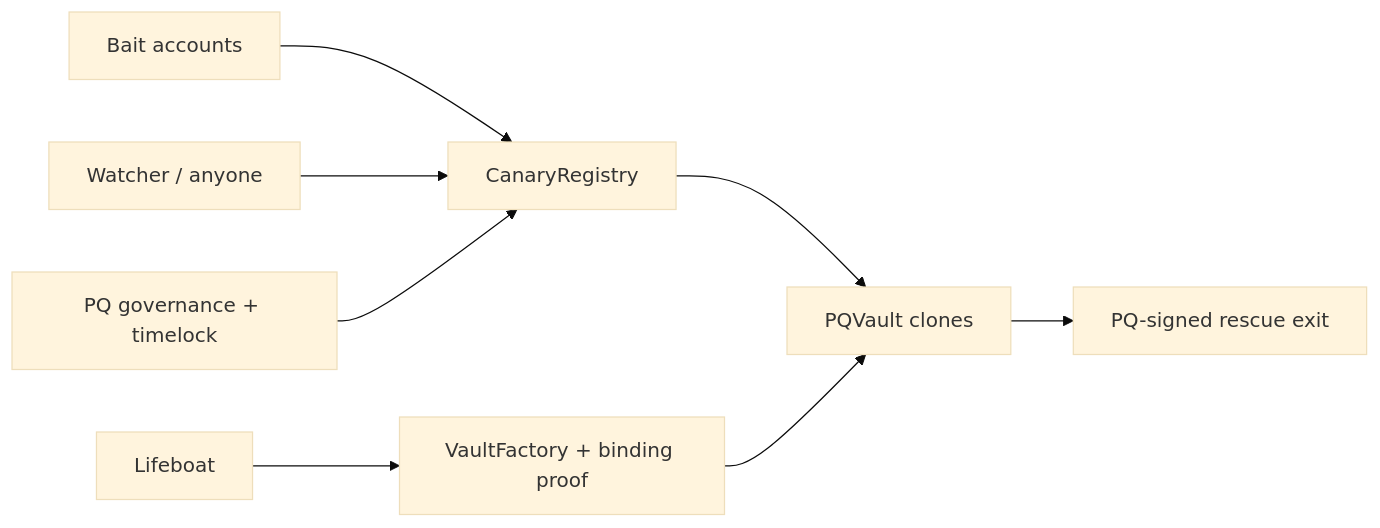
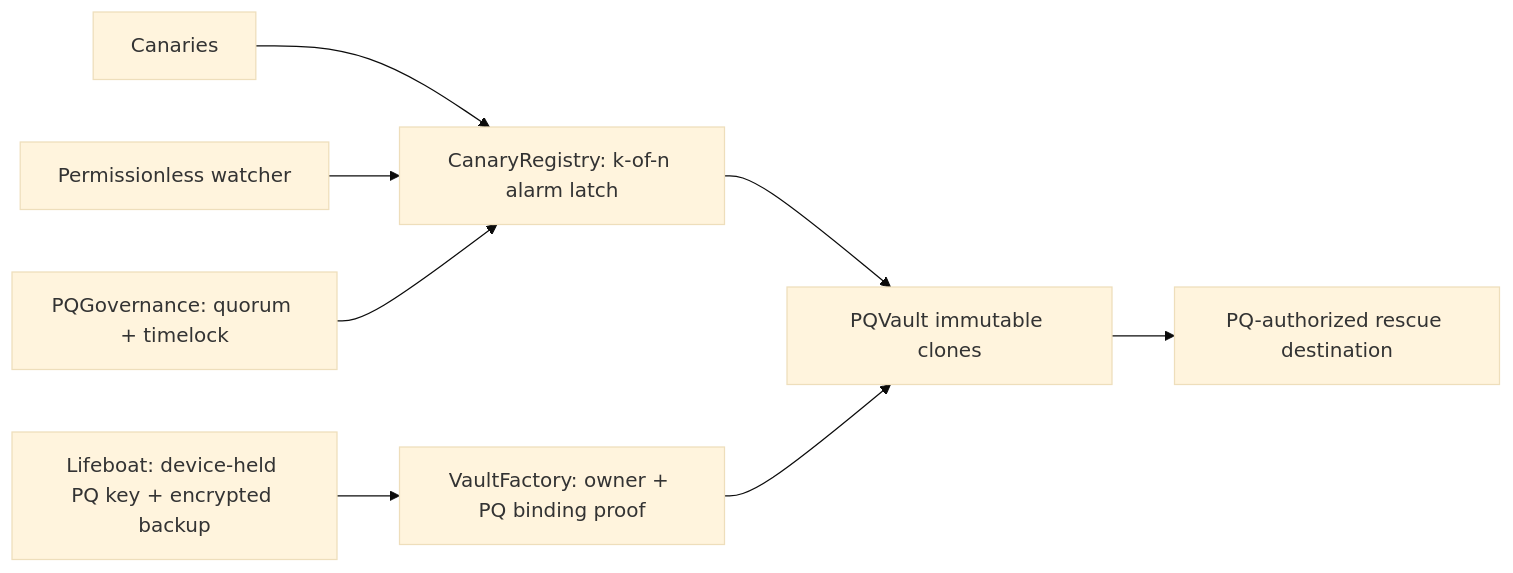
One commit to Sanni-onX/canary changed the diagram in README.md. Above: the diagram before and after it, drawn with Mermaid (base theme). The commit also changed other lines of this file and 66 other files, not shown here.

Commit message:
Build Canary prototype and prove real testnet alarm rescue

````diff
--- a/README.md
+++ b/README.md
@@ -46,10 +88,10 @@
 ```mermaid
 flowchart LR
-  B[Bait accounts] --> R[CanaryRegistry]
-  W[Watcher / anyone] --> R
-  G[PQ governance + timelock] --> R
-  R --> V[PQVault clones]
-  L[Lifeboat] --> F[VaultFactory + binding proof]
-  F --> V
-  V --> P[PQ-signed rescue exit]
+  B[Canaries] --> R[CanaryRegistry: k-of-n alarm latch]
+  W[Permissionless watcher] --> R
+  G[PQGovernance: quorum + timelock] --> R
+  R --> V[PQVault immutable clones]
+  F[VaultFactory: owner + PQ binding proof] --> V
+  L[Lifeboat: device-held PQ key + encrypted backup] --> F
+  V --> X[PQ-authorized rescue destination]
 ```
````
